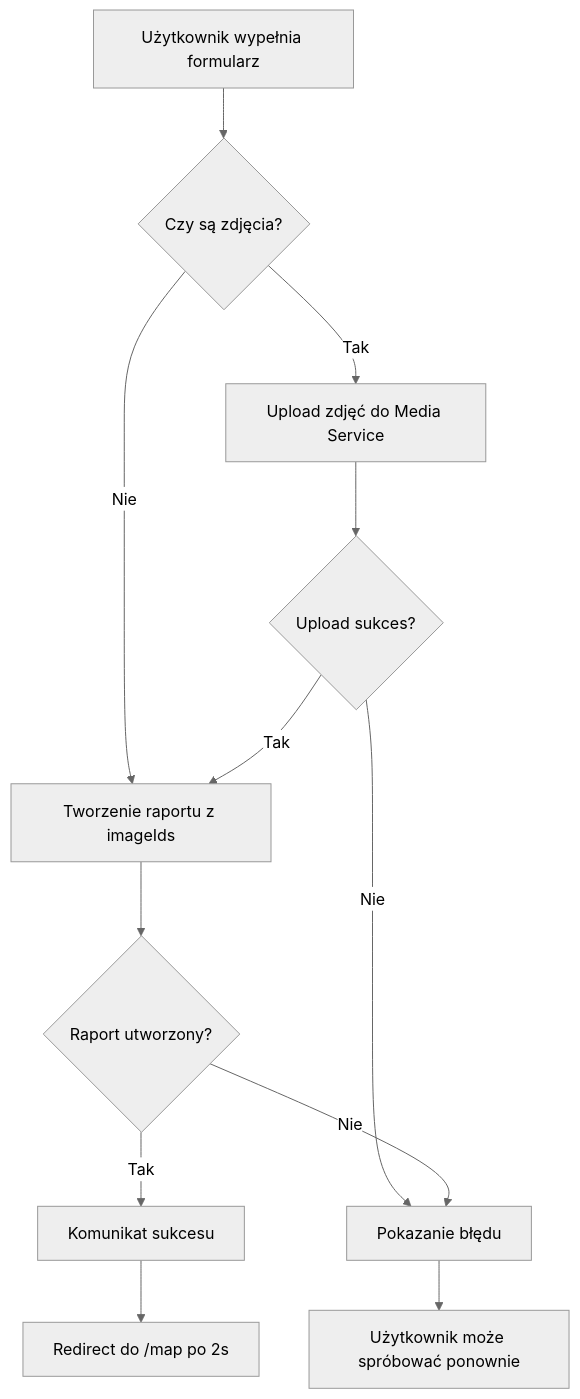
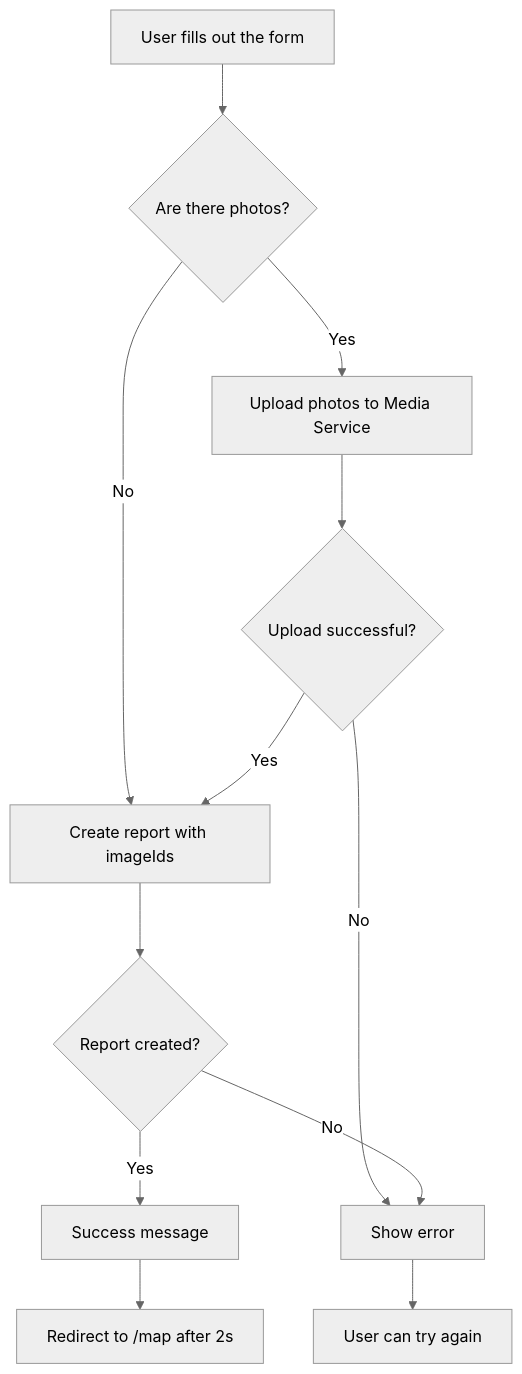
The diagram in docs/docs/frontend/index.md (risk-radar-project/risk-radar), drawn with Mermaid (neutral theme) before and after one commit. The commit also changed other lines of this file and 11 other files, not shown here.

````diff
--- a/docs/docs/frontend/index.md
+++ b/docs/docs/frontend/index.md
@@ -134,14 +84,14 @@
 ```mermaid
 graph TD
-    A[Użytkownik wypełnia formularz] --> B{Czy są zdjęcia?}
-    B -->|Tak| C[Upload zdjęć do Media Service]
-    B -->|Nie| E[Tworzenie raportu]
-    C --> D{Upload sukces?}
-    D -->|Tak| E[Tworzenie raportu z imageIds]
-    D -->|Nie| F[Pokazanie błędu]
-    E --> G{Raport utworzony?}
-    G -->|Tak| H[Komunikat sukcesu]
-    G -->|Nie| F
-    H --> I[Redirect do /map po 2s]
-    F --> J[Użytkownik może spróbować ponownie]
+    A[User fills out the form] --> B{Are there photos?}
+    B -->|Yes| C[Upload photos to Media Service]
+    B -->|No| E[Create report]
+    C --> D{Upload successful?}
+    D -->|Yes| E[Create report with imageIds]
+    D -->|No| F[Show error]
+    E --> G{Report created?}
+    G -->|Yes| H[Success message]
+    G -->|No| F
+    H --> I[Redirect to /map after 2s]
+    F --> J[User can try again]
 ```
````
